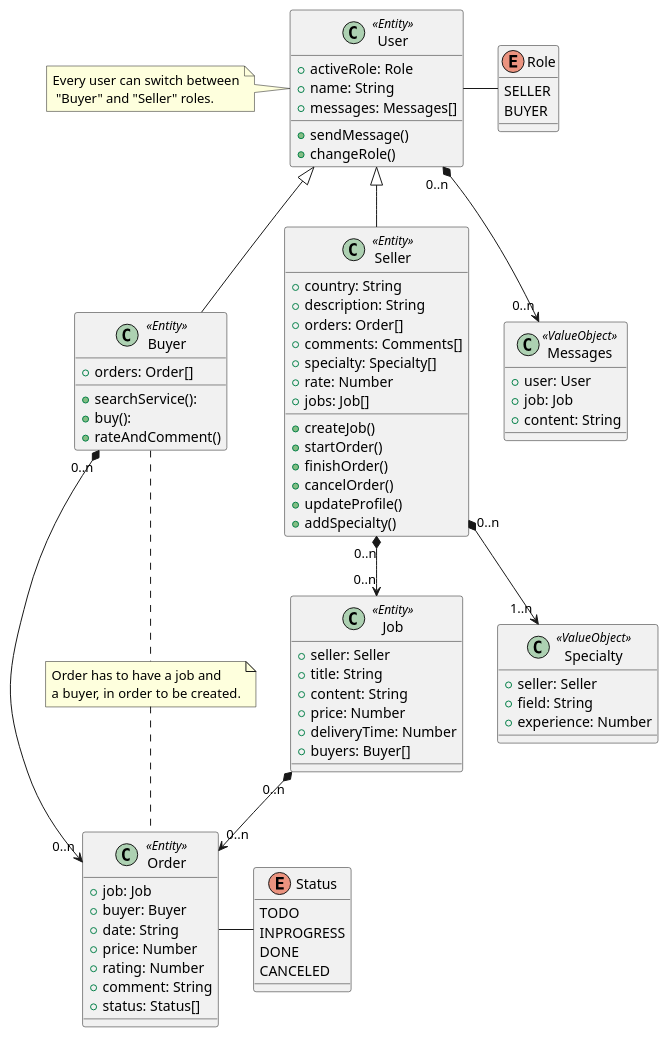
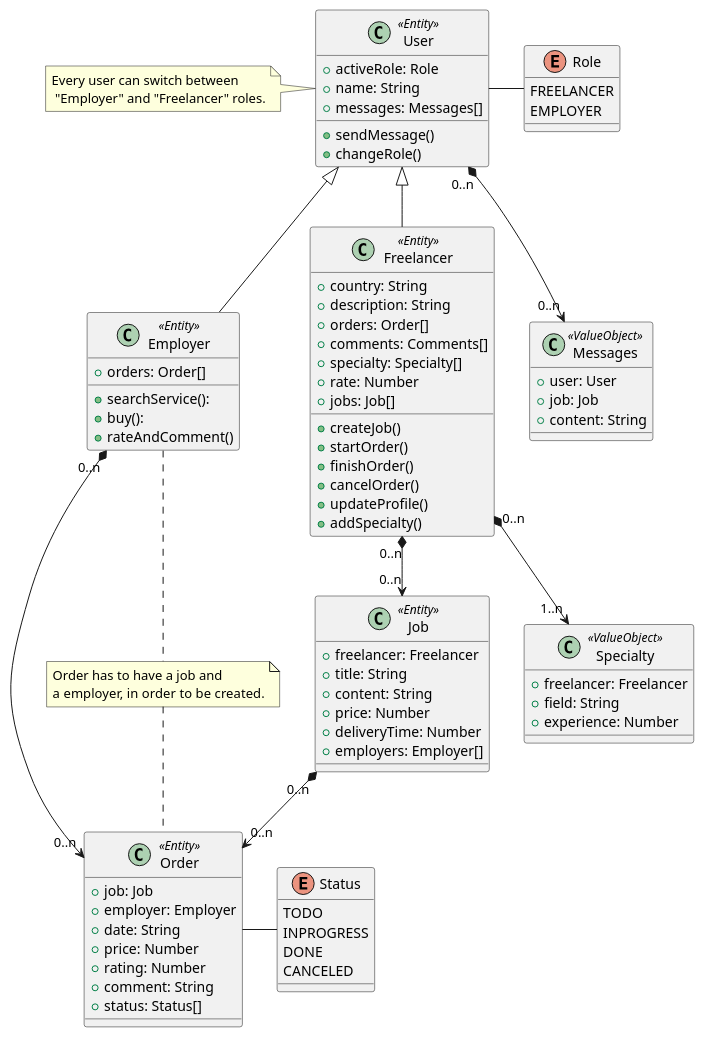
The diagram in class-diagram.puml (0xtaf/freelance-market), drawn with PlantUML before and after one commit. The commit also changed 17 other files, not shown here.

```diff
--- a/class-diagram.puml
+++ b/class-diagram.puml
@@ -1,94 +1,94 @@
 @startuml FreelanceMarket
 
 class User <<Entity>> {
   + activeRole: Role
   + name: String
   + messages: Messages[]
   + sendMessage()
   + changeRole()
 }
 
-class Buyer <<Entity>> {
+class Employer <<Entity>> {
   + orders: Order[]
   + searchService(): 
   + buy(): 
   + rateAndComment() 
 }
 
-class Seller <<Entity>> {
+class Freelancer <<Entity>> {
   + country: String
   + description: String
   + orders: Order[]
   + comments: Comments[]
   + specialty: Specialty[]
   + rate: Number
   + jobs: Job[]
   + createJob()
   + startOrder()
   + finishOrder()
   + cancelOrder()
   + updateProfile()
   + addSpecialty()
 }
 
 class Order <<Entity>> {
   + job: Job
-  + buyer: Buyer
+  + employer: Employer
   + date: String
   + price: Number
   + rating: Number
   + comment: String
   + status: Status[]
 }
 
 
 class Job <<Entity>> {
-  + seller: Seller
+  + freelancer: Freelancer
   + title: String
   + content: String
   + price: Number
   + deliveryTime: Number
-  + buyers: Buyer[] 
+  + employers: Employer[] 
 }
 
 enum Role {
-  SELLER
-  BUYER
+  FREELANCER
+  EMPLOYER
 }
 
 enum Status {
   TODO
   INPROGRESS
   DONE
   CANCELED
 }
 
 class Specialty <<ValueObject>> {
-  + seller: Seller
+  + freelancer: Freelancer
   + field: String
   + experience: Number
 }
 
 class Messages <<ValueObject>> {
   + user: User
   + job: Job
   + content: String
 }
 
 
-Buyer -up|> User
-Seller -up-|> User
+Employer -up|> User
+Freelancer -up-|> User
 User "0..n" *--> "0..n" Messages
-Seller "0..n" *--> "0..n" Job
+Freelancer "0..n" *--> "0..n" Job
 Job "0..n" *--> "0..n" Order
-Buyer "0..n" *--> "0..n" Order
-Seller "0..n" *--> "1..n" Specialty
+Employer "0..n" *--> "0..n" Order
+Freelancer "0..n" *--> "1..n" Specialty
 Role -left- User
 Status -left- Order
 
-note left of User : Every user can switch between\n "Buyer" and "Seller" roles.
-note "Order has to have a job and\na buyer, in order to be created." as N2
-Buyer .. N2
+note left of User : Every user can switch between\n "Employer" and "Freelancer" roles.
+note "Order has to have a job and\na employer, in order to be created." as N2
+Employer .. N2
 N2 .. Order
 
 @enduml
```
